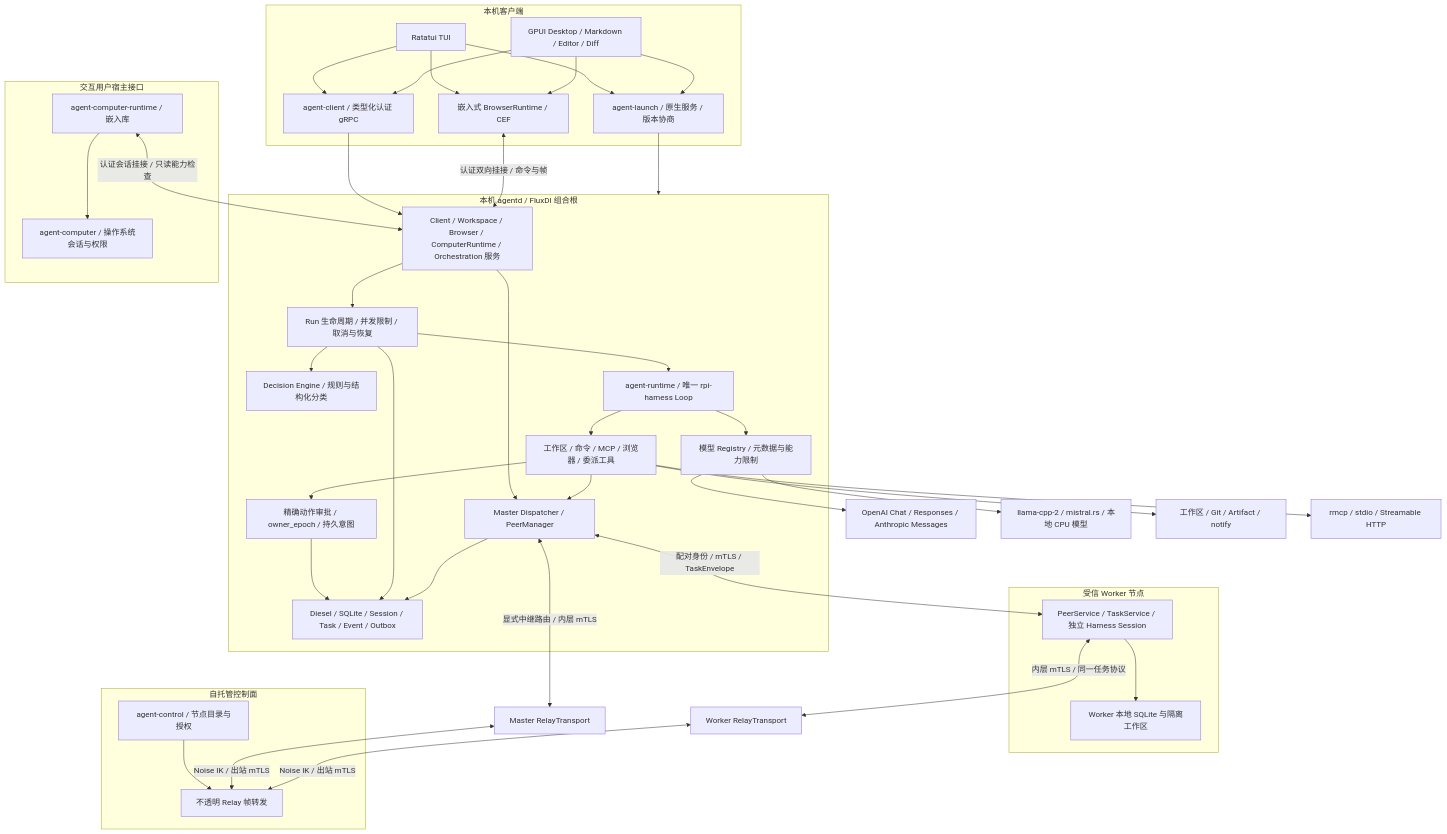
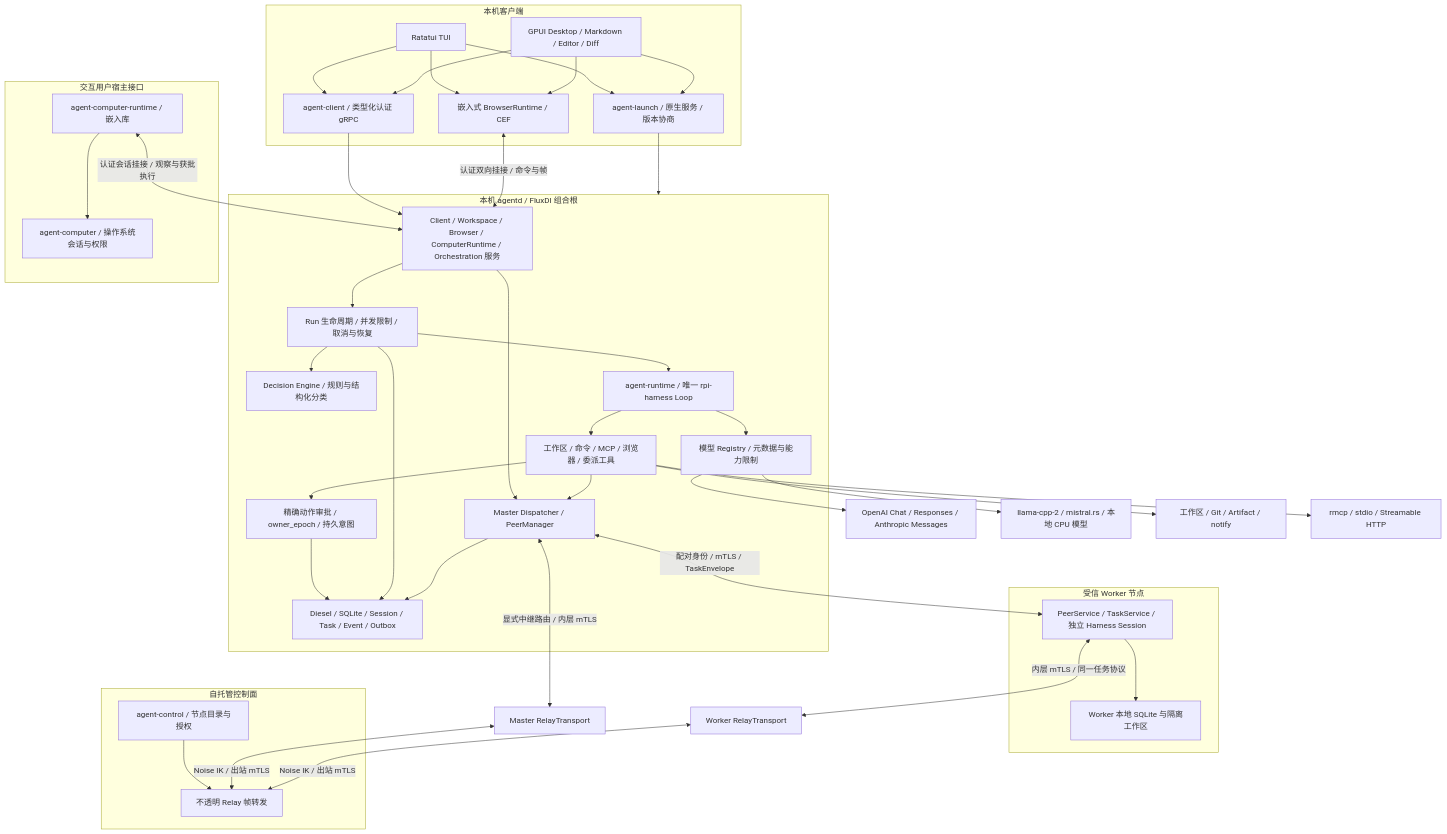
The first of 4 diagrams in docs/zh/src/architecture.md (lyonbrown4d/lyonbrown), drawn with Mermaid before and after one commit. The commit also changed other lines of this file and 34 other files, not shown here.

````diff
--- a/docs/zh/src/architecture.md
+++ b/docs/zh/src/architecture.md
@@ -7,68 +7,68 @@
 ```mermaid
 flowchart TB
     subgraph Clients[本机客户端]
         CLI[Ratatui TUI]
         Desktop[GPUI Desktop / Markdown / Editor / Diff]
         Launcher[agent-launch / 原生服务 / 版本协商]
         Client[agent-client / 类型化认证 gRPC]
         CLI --> Launcher
         Desktop --> Launcher
         CLI --> Client
         Desktop --> Client
         Browser[嵌入式 BrowserRuntime / CEF]
         CLI --> Browser
         Desktop --> Browser
     end
     subgraph Agentd[本机 agentd / FluxDI 组合根]
         API[Client / Workspace / Browser / ComputerRuntime / Orchestration 服务]
         Decision[Decision Engine / 规则与结构化分类]
         Run[Run 生命周期 / 并发限制 / 取消与恢复]
         Harness[agent-runtime / 唯一 rpi-harness Loop]
         Model[模型 Registry / 元数据与能力限制]
         Tools[工作区 / 命令 / MCP / 浏览器 / 委派工具]
         Approval[精确动作审批 / owner_epoch / 持久意图]
         Store[Diesel / SQLite / Session / Task / Event / Outbox]
         Dispatcher[Master Dispatcher / PeerManager]
         API --> Run
         API --> Dispatcher
         Run --> Decision
         Run --> Harness
         Harness --> Model
         Harness --> Tools
         Tools --> Approval
         Tools --> Dispatcher
         Approval --> Store
         Run --> Store
         Dispatcher --> Store
     end
     Client --> API
     Launcher --> Agentd
     Browser <-->|认证双向挂接 / 命令与帧| API
     subgraph NativeHost[交互用户宿主接口]
         Computer[agent-computer-runtime / 嵌入库]
         OS[agent-computer / 操作系统会话与权限]
         Computer --> OS
     end
-    Computer <-->|认证会话挂接 / 只读能力检查| API
+    Computer <-->|认证会话挂接 / 观察与获批执行| API
     Model --> Remote[OpenAI Chat / Responses / Anthropic Messages]
     Model --> Native[llama-cpp-2 / mistral.rs / 本地 CPU 模型]
     Tools --> Workspace[工作区 / Git / Artifact / notify]
     Tools --> MCP[rmcp / stdio / Streamable HTTP]
     subgraph PeerNode[受信 Worker 节点]
         Worker[PeerService / TaskService / 独立 Harness Session]
         WorkerStore[Worker 本地 SQLite 与隔离工作区]
         Worker --> WorkerStore
     end
     Dispatcher <-->|配对身份 / mTLS / TaskEnvelope| Worker
     subgraph WAN[自托管控制面]
         Control[agent-control / 节点目录与授权]
         Relay[不透明 Relay 帧转发]
         Control --> Relay
     end
     MasterRelay[Master RelayTransport]
     WorkerRelay[Worker RelayTransport]
     Dispatcher <-->|显式中继路由 / 内层 mTLS| MasterRelay
     Worker <-->|内层 mTLS / 同一任务协议| WorkerRelay
     MasterRelay <-->|Noise IK / 出站 mTLS| Relay
     WorkerRelay <-->|Noise IK / 出站 mTLS| Relay
 ```
````
